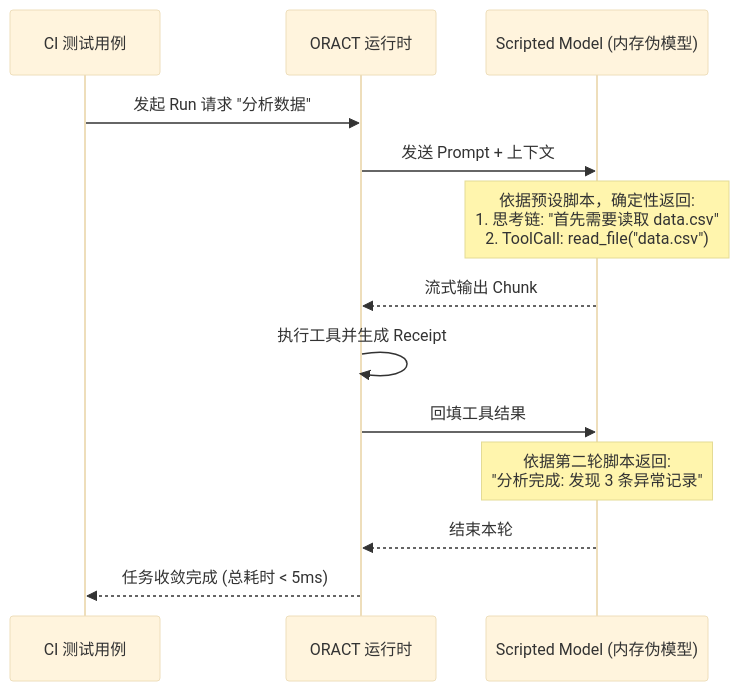
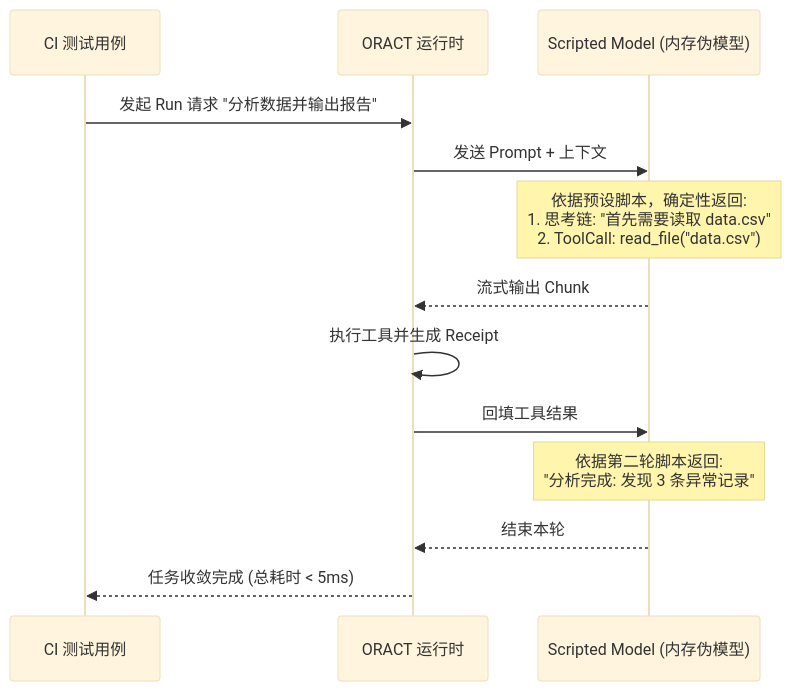
One commit to MoreConsequence/MoreConsequence.github.io changed the second of 2 diagrams in content/posts/oract-06-reliability-lab-and-chaos-testing.md. Above: the diagram before and after it, drawn with Mermaid (base theme). The commit also changed other lines of this file and 11 other files, not shown here.

````diff
--- a/content/posts/oract-06-reliability-lab-and-chaos-testing.md
+++ b/content/posts/oract-06-reliability-lab-and-chaos-testing.md
@@ -104,16 +115,16 @@
 ```mermaid
 sequenceDiagram
     participant Test as CI 测试用例
     participant Runtime as ORACT 运行时
     participant Model as Scripted Model (内存伪模型)
 
-    Test->>Runtime: 发起 Run 请求 "分析数据"
+    Test->>Runtime: 发起 Run 请求 "分析数据并输出报告"
     Runtime->>Model: 发送 Prompt + 上下文
     Note over Model: 依据预设脚本，确定性返回:<br/>1. 思考链: "首先需要读取 data.csv"<br/>2. ToolCall: read_file("data.csv")
     Model-->>Runtime: 流式输出 Chunk
     Runtime->>Runtime: 执行工具并生成 Receipt
     Runtime->>Model: 回填工具结果
     Note over Model: 依据第二轮脚本返回:<br/>"分析完成: 发现 3 条异常记录"
     Model-->>Runtime: 结束本轮
     Runtime-->>Test: 任务收敛完成 (总耗时 < 5ms)
 ```
````
